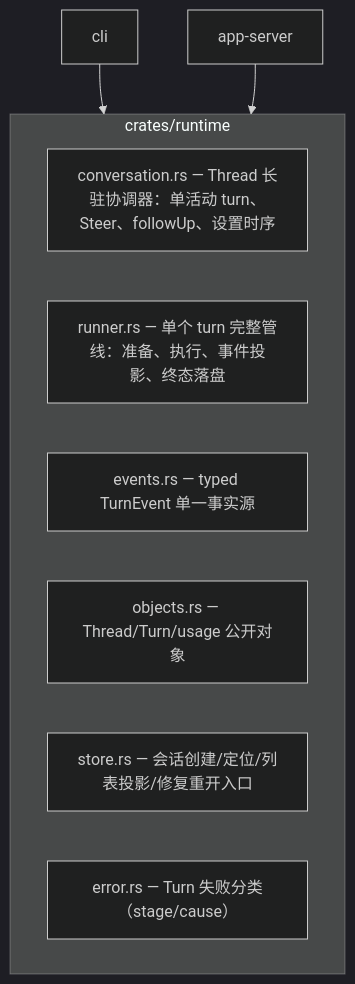
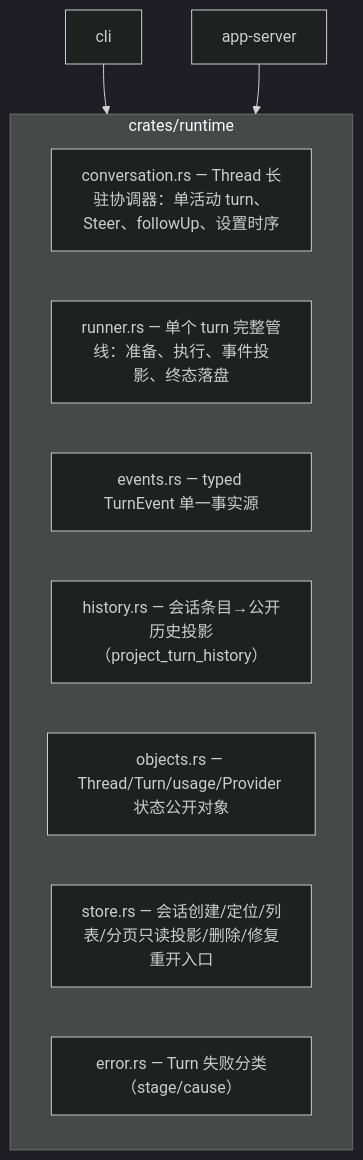
Before and after one commit to qjcnmd/singularity-agent: the seventh of 10 diagrams in docs/repository-map.md, drawn with Mermaid (dark theme). The commit also changed other lines of this file and 22 other files, not shown here.

````diff
--- a/docs/repository-map.md
+++ b/docs/repository-map.md
@@ -171,13 +169,14 @@
 ```mermaid
 flowchart TD
     subgraph runtime["crates/runtime"]
         conversation["conversation.rs — Thread 长驻协调器：单活动 turn、Steer、followUp、设置时序"]
         runner["runner.rs — 单个 turn 完整管线：准备、执行、事件投影、终态落盘"]
         events["events.rs — typed TurnEvent 单一事实源"]
-        objects["objects.rs — Thread/Turn/usage 公开对象"]
-        store["store.rs — 会话创建/定位/列表投影/修复重开入口"]
+        history["history.rs — 会话条目→公开历史投影（project_turn_history）"]
+        objects["objects.rs — Thread/Turn/usage/Provider 状态公开对象"]
+        store["store.rs — 会话创建/定位/列表/分页只读投影/删除/修复重开入口"]
         error["error.rs — Turn 失败分类（stage/cause）"]
     end
     cli["cli"] --> runtime
     appserver["app-server"] --> runtime
 ```
````
